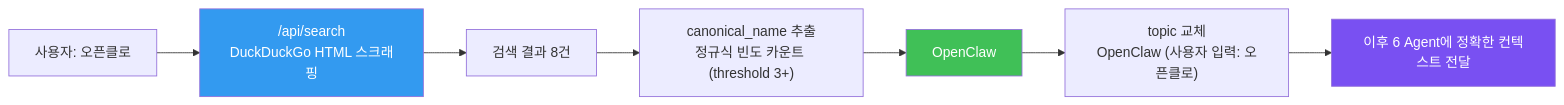
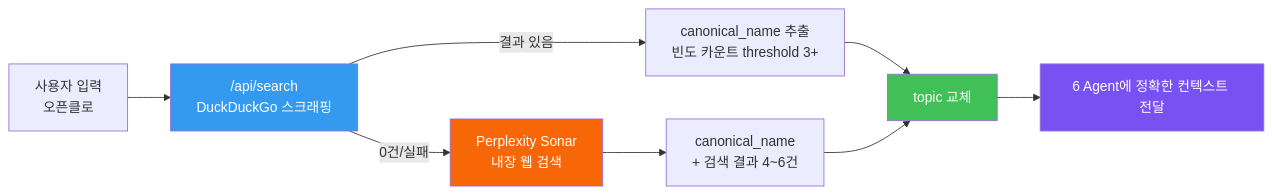
One commit to Technoetic/blog-generator changed the third of 11 diagrams in README.md. Above: the diagram before and after it, drawn with Mermaid. The commit also changed other lines of this file, not shown here.

First line of the commit message:
docs: README 최신화 — Sonar fallback, 헤딩 검증, 비용 버그

````diff
--- a/README.md
+++ b/README.md
@@ -170,13 +170,15 @@
 ```mermaid
 flowchart LR
-    U["사용자: 오픈클로"] --> S["/api/search<br/>DuckDuckGo HTML 스크래핑"]
-    S --> R["검색 결과 8건"]
-    R --> E["canonical_name 추출<br/>정규식 빈도 카운트 (threshold 3+)"]
-    E --> C["OpenClaw"]
-    C --> T["topic 교체<br/>OpenClaw (사용자 입력: 오픈클로)"]
-    T --> LLM["이후 6 Agent에 정확한 컨텍스트 전달"]
+    U["사용자 입력<br/>오픈클로"] --> DG["/api/search<br/>DuckDuckGo 스크래핑"]
+    DG -->|결과 있음| E["canonical_name 추출<br/>빈도 카운트 threshold 3+"]
+    DG -->|0건/실패| SONAR["Perplexity Sonar<br/>내장 웹 검색"]
+    SONAR --> E2["canonical_name<br/>+ 검색 결과 4~6건"]
+    E --> T["topic 교체"]
+    E2 --> T
+    T --> LLM["6 Agent에 정확한 컨텍스트 전달"]
 
-    style S fill:#339af0,color:#fff
-    style C fill:#40c057,color:#fff
+    style DG fill:#339af0,color:#fff
+    style SONAR fill:#f76707,color:#fff
+    style T fill:#40c057,color:#fff
     style LLM fill:#7950f2,color:#fff
 ```
````
